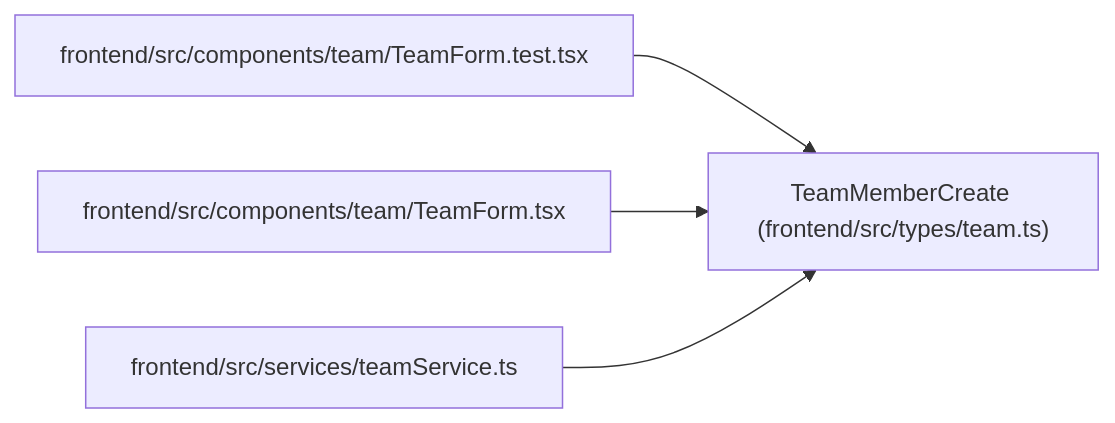
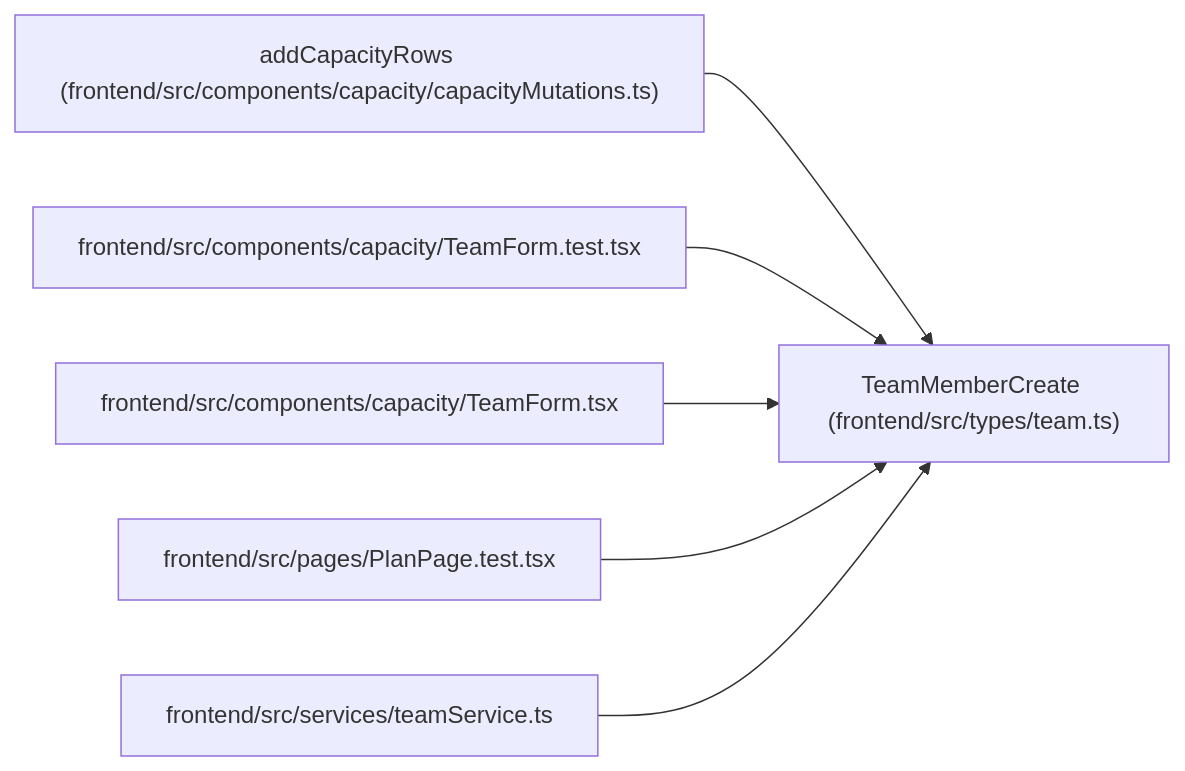
Before and after one commit to Denissvgn/WorkChord: the diagram in docs/llm_wiki/entities/types_team_TeamMemberCreate.md, drawn with Mermaid. The commit also changed other lines of this file and 2373 other files, not shown here.

````diff
--- a/docs/llm_wiki/entities/types_team_TeamMemberCreate.md
+++ b/docs/llm_wiki/entities/types_team_TeamMemberCreate.md
@@ -31,14 +31,20 @@
 ```mermaid
 flowchart LR
     n0["TeamMemberCreate (frontend/src/types/team.ts)"]
-    n1["frontend/src/components/team/TeamForm.test.tsx"]
-    n2["frontend/src/components/team/TeamForm.tsx"]
-    n3["frontend/src/services/teamService.ts"]
+    n1["addCapacityRows (frontend/src/components/capacity/capacityMutations.ts)"]
+    n2["frontend/src/components/capacity/TeamForm.test.tsx"]
+    n3["frontend/src/components/capacity/TeamForm.tsx"]
+    n4["frontend/src/pages/PlanPage.test.tsx"]
+    n5["frontend/src/services/teamService.ts"]
     n1 --> n0
     n2 --> n0
     n3 --> n0
+    n4 --> n0
+    n5 --> n0
     click n0 "../modules/types_team.md"
-    click n1 "../modules/TeamForm.test.md"
-    click n2 "../modules/TeamForm.md"
-    click n3 "../modules/teamService.md"
+    click n1 "../modules/capacityMutations.md"
+    click n2 "../modules/TeamForm.test.md"
+    click n3 "../modules/TeamForm.md"
+    click n4 "../modules/PlanPage.test.md"
+    click n5 "../modules/teamService.md"
 ```
````
